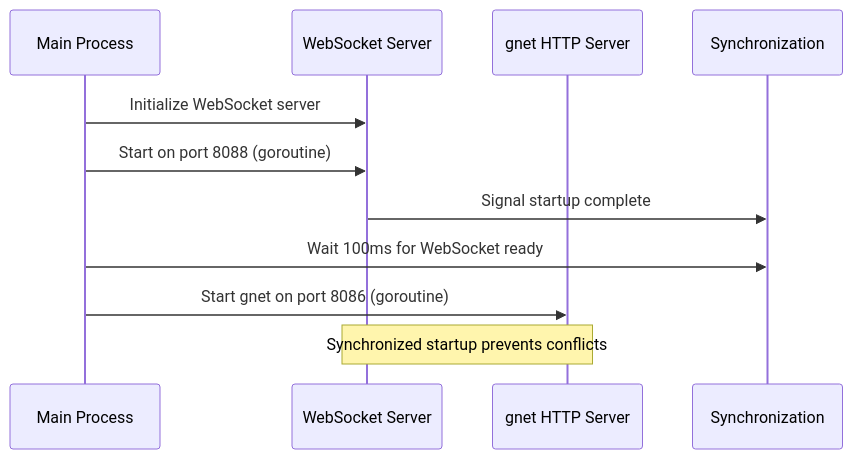
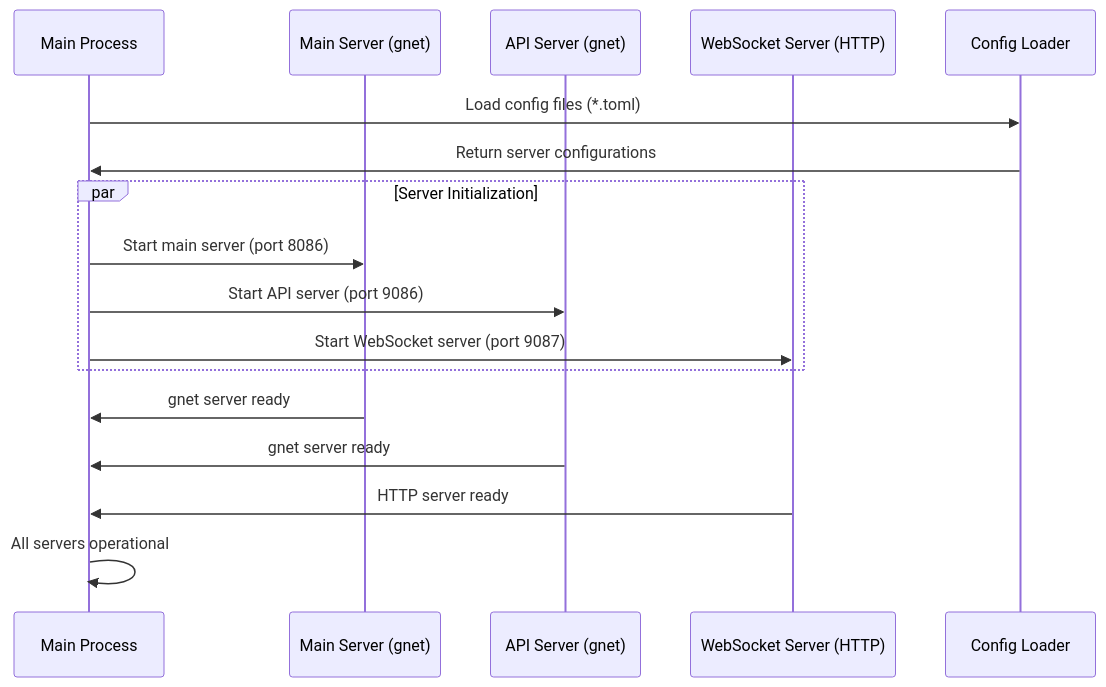
The second of 2 diagrams in README.md (bonkzero404/surikiti), drawn with Mermaid before and after one commit. The commit also changed other lines of this file, not shown here.

First line of the commit message:
docs: update readme with multi-server architecture details

````diff
--- a/README.md
+++ b/README.md
@@ -125,14 +112,23 @@
 ```mermaid
 sequenceDiagram
     participant Main as Main Process
-    participant WSServer as WebSocket Server
-    participant GnetServer as gnet HTTP Server
-    participant Sync as Synchronization
+    participant MainServer as Main Server (gnet)
+    participant APIServer as API Server (gnet)
+    participant WSServer as WebSocket Server (HTTP)
+    participant Config as Config Loader
     
-    Main->>WSServer: Initialize WebSocket server
-    Main->>WSServer: Start on port 8088 (goroutine)
-    WSServer->>Sync: Signal startup complete
-    Main->>Sync: Wait 100ms for WebSocket ready
-    Main->>GnetServer: Start gnet on port 8086 (goroutine)
-    Note over WSServer,GnetServer: Synchronized startup prevents conflicts
+    Main->>Config: Load config files (*.toml)
+    Config->>Main: Return server configurations
+    
+    par Server Initialization
+        Main->>MainServer: Start main server (port 8086)
+        Main->>APIServer: Start API server (port 9086)
+        Main->>WSServer: Start WebSocket server (port 9087)
+    end
+    
+    MainServer->>Main: gnet server ready
+    APIServer->>Main: gnet server ready
+    WSServer->>Main: HTTP server ready
+    
+    Main->>Main: All servers operational
 ```
````
